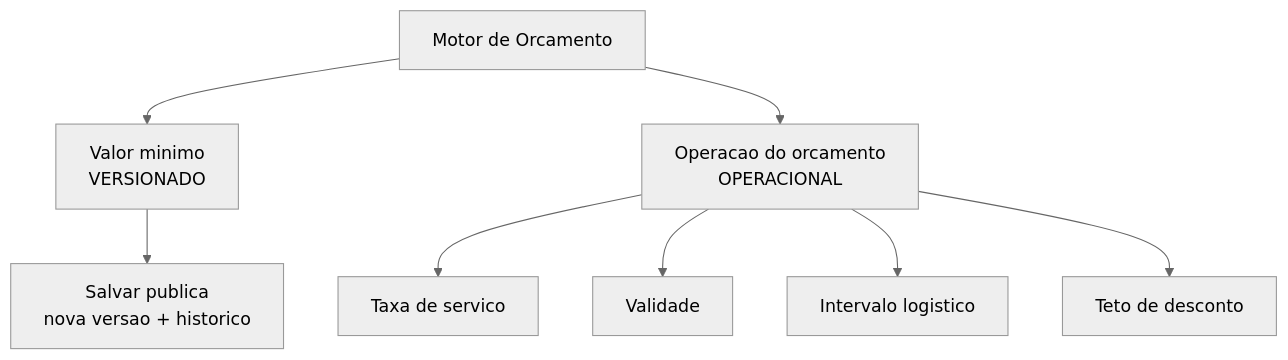
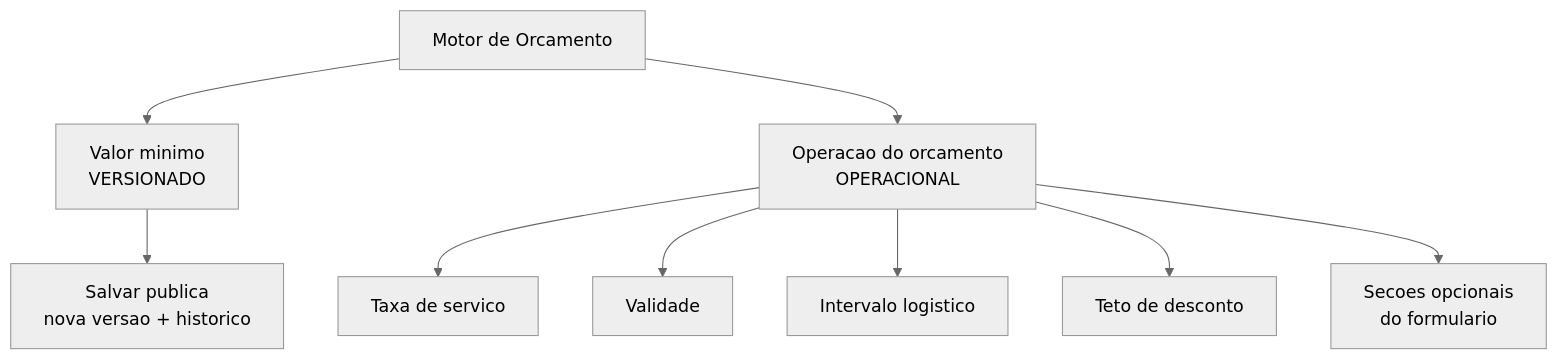
The diagram in configuracoes/motor-de-orcamento.md (LocFlowTeam/locflow-docs), drawn with Mermaid (neutral theme) before and after one commit. The commit also changed other lines of this file and 4 other files, not shown here.

````diff
--- a/configuracoes/motor-de-orcamento.md
+++ b/configuracoes/motor-de-orcamento.md
@@ -127,10 +159,11 @@
 ```mermaid
 flowchart TB
     M[Motor de Orcamento] --> V[Valor minimo<br/>VERSIONADO]
     M --> O[Operacao do orcamento<br/>OPERACIONAL]
     V --> VH[Salvar publica<br/>nova versao + historico]
     O --> T[Taxa de servico]
     O --> VA[Validade]
     O --> I[Intervalo logistico]
     O --> D[Teto de desconto]
+    O --> S[Secoes opcionais<br/>do formulario]
 ```
````
